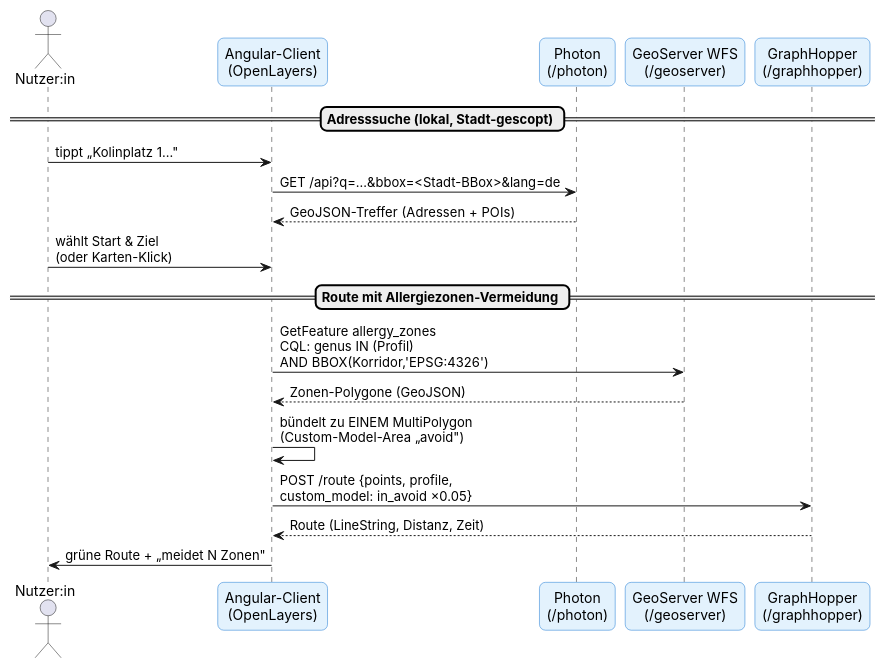
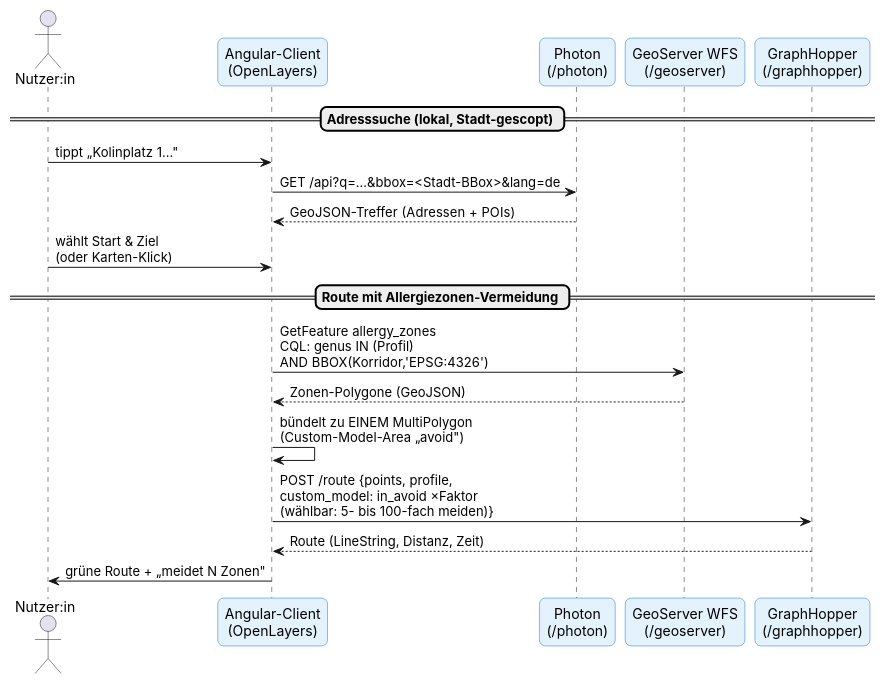
The diagram in docs/architecture/09_webgis_route_geocoding.puml (matthili/BaumRadar), drawn with PlantUML before and after one commit. The commit also changed 12 other files, not shown here.

```diff
--- a/docs/architecture/09_webgis_route_geocoding.puml
+++ b/docs/architecture/09_webgis_route_geocoding.puml
@@ -1,35 +1,35 @@
 @startuml
 skinparam backgroundColor #FFFFFF
 skinparam shadowing false
 skinparam defaultFontName Inter
 skinparam roundCorner 12
 
 skinparam sequenceGroupHeaderFontColor black
 skinparam sequenceDividerFontColor black
 
 skinparam participant {
   BackgroundColor #E3F2FD
   BorderColor #1976D2
   FontColor black
 }
 
 actor "Nutzer:in" as U
 participant "Angular-Client\n(OpenLayers)" as C
 participant "Photon\n(/photon)" as P
 participant "GeoServer WFS\n(/geoserver)" as W
 participant "GraphHopper\n(/graphhopper)" as G
 
 == Adresssuche (lokal, Stadt-gescopt) ==
 U -> C : tippt „Kolinplatz 1…"
 C -> P : GET /api?q=…&bbox=<Stadt-BBox>&lang=de
 P --> C : GeoJSON-Treffer (Adressen + POIs)
 U -> C : wählt Start & Ziel\n(oder Karten-Klick)
 
 == Route mit Allergiezonen-Vermeidung ==
 C -> W : GetFeature allergy_zones\nCQL: genus IN (Profil)\nAND BBOX(Korridor,'EPSG:4326')
 W --> C : Zonen-Polygone (GeoJSON)
 C -> C : bündelt zu EINEM MultiPolygon\n(Custom-Model-Area „avoid")
-C -> G : POST /route {points, profile,\ncustom_model: in_avoid ×0.05}
+C -> G : POST /route {points, profile,\ncustom_model: in_avoid ×Faktor\n(wählbar: 5- bis 100-fach meiden)}
 G --> C : Route (LineString, Distanz, Zeit)
 C -> U : grüne Route + „meidet N Zonen"
 @enduml
```
